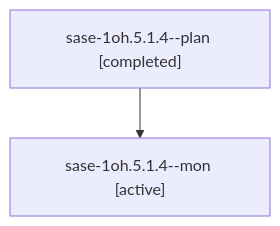
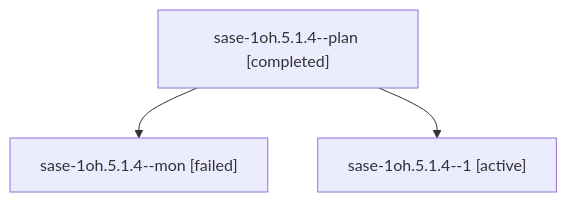
Before and after one commit to sase-org/sase--agents: the diagram in sessions/bbugyi200.athena.sase-1oh.5.1.4.md, drawn with Mermaid. The commit also changed other lines of this file and 70 other files, not shown here.

````diff
--- a/sessions/bbugyi200.athena.sase-1oh.5.1.4.md
+++ b/sessions/bbugyi200.athena.sase-1oh.5.1.4.md
@@ -9,6 +9,8 @@
 ```mermaid
 flowchart TD
   n0["sase-1oh.5.1.4--plan [completed]"]
-  n1["sase-1oh.5.1.4--mon [active]"]
+  n1["sase-1oh.5.1.4--mon [failed]"]
   n0 --> n1
+  n2["sase-1oh.5.1.4--1 [active]"]
+  n0 --> n2
 ```
````
